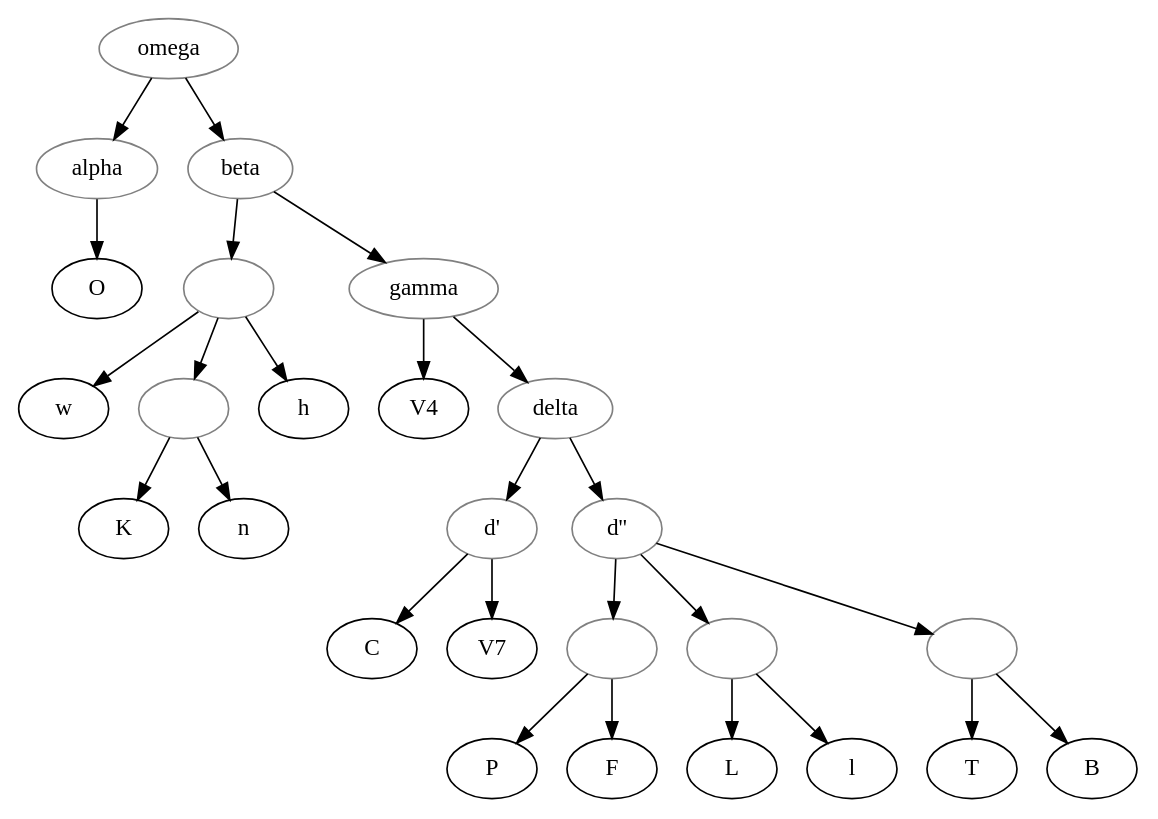
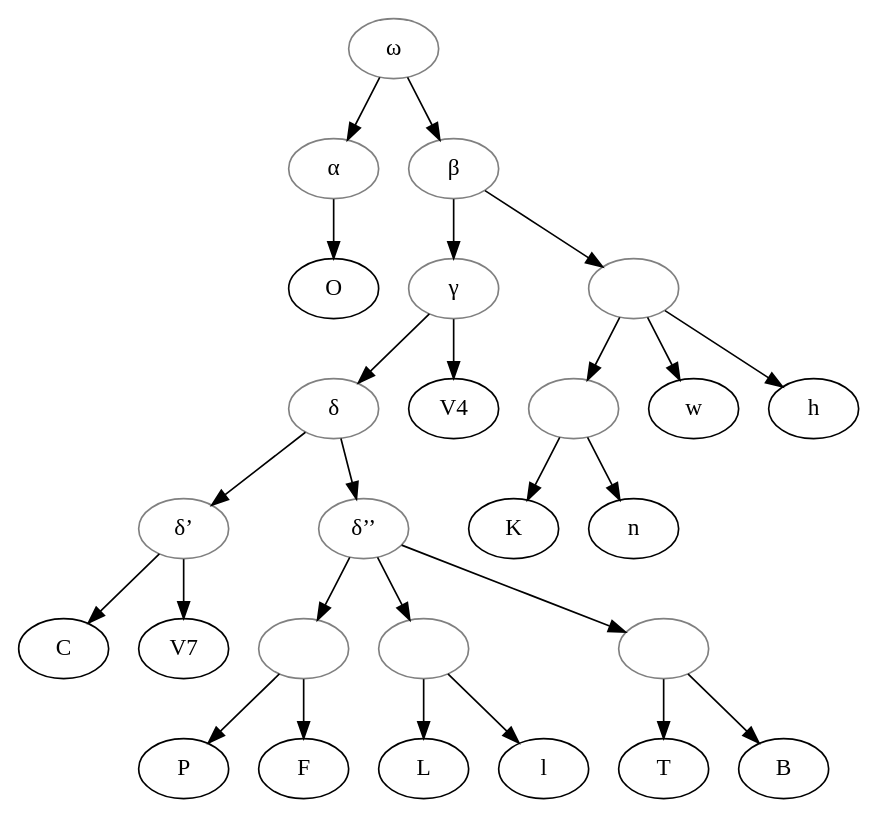
The diagram in examples/Segre_1971_Roland/stemma.gv (OpenStemmata/database), drawn with Graphviz before and after one commit. The commit also changed 7 other files, not shown here.

```diff
--- a/examples/Segre_1971_Roland/stemma.gv
+++ b/examples/Segre_1971_Roland/stemma.gv
@@ -1,43 +1,42 @@
 digraph {
+
+    omega[color="grey", label="ω"]
+    alpha[color="grey", label="α"]
+    beta[color="grey", label="β"]
+    gamma[color="grey", label="γ"]
+    delta[color="grey", label="δ"]
+    deltaprime[color="grey", label="δ’"]
+    deltasecond[color="grey", label="δ’’"]
+    1[color="grey",label=""]
+    2[color="grey",label=""]
+    3[color="grey",label=""]
+    4[color="grey",label=""]
+    5[color="grey",label=""]
 
     omega -> alpha;
     alpha -> O;
     omega -> beta
     beta -> 1
     1 -> w
     1 -> 2
     2 -> K
     2 -> n
     1 -> h
-
     beta -> gamma
     gamma -> V4
     gamma -> delta
     delta -> deltaprime
     deltaprime -> C
     deltaprime -> V7
     delta -> deltasecond
     deltasecond -> 3
     3 -> P
     3 -> F
     deltasecond -> 4
     4 -> L
     4 -> l
     deltasecond -> 5
     5 -> T
     5 -> B
 
-    omega[color="grey"]
-    alpha[color="grey"]
-    beta[color="grey"]
-    gamma[color="grey"]
-    delta[color="grey"]
-    deltaprime[color="grey", label="d'"]
-    deltasecond[color="grey", label="d''"]
-    1[color="grey",label=""]
-    2[color="grey",label=""]
-    3[color="grey",label=""]
-    4[color="grey",label=""]
-    5[color="grey",label=""]
-
 }
```
